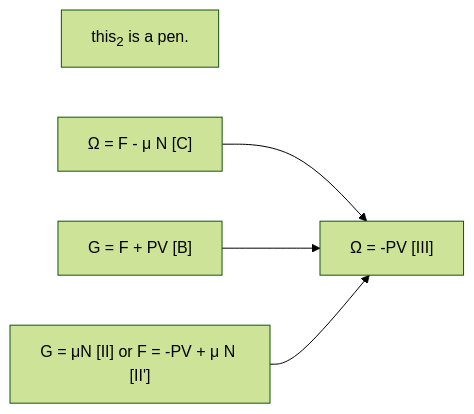
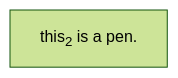
One commit to yamato97/science changed the diagram in grand_canonical.md. Above: the diagram before and after it, drawn with Mermaid (forest theme).

````diff
--- a/grand_canonical.md
+++ b/grand_canonical.md
@@ -9,7 +9,4 @@
 ```mermaid
 graph LR
 Node["this<sub>2</sub> is a pen."]
-EC["&Omega; = F - &mu; N [C]"]-->EIII["&Omega; = -PV [III]"]
-EB["G = F + PV [B]"]-->EIII
-EIIdash["G = &mu;N [II] or F = -PV + &mu; N [II']"]-->EIII
 ```
````
